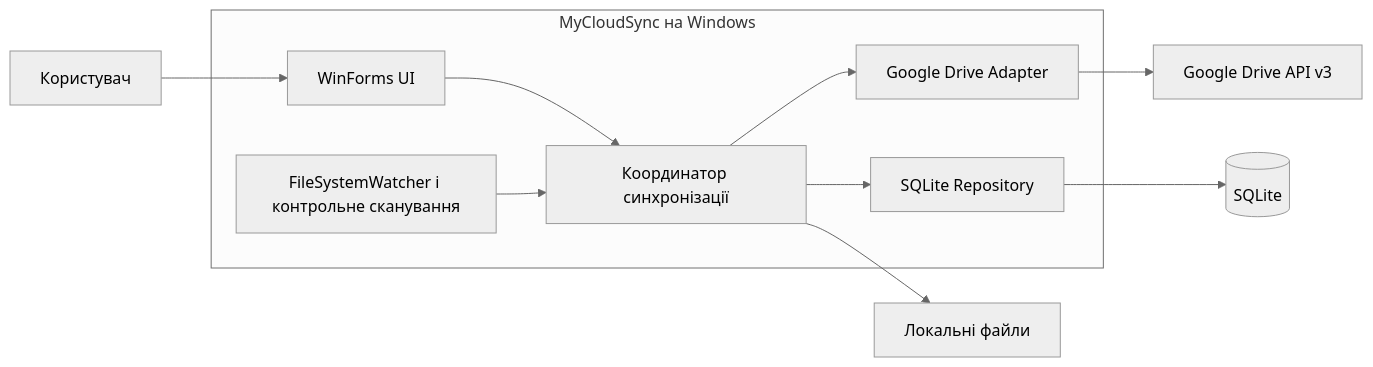
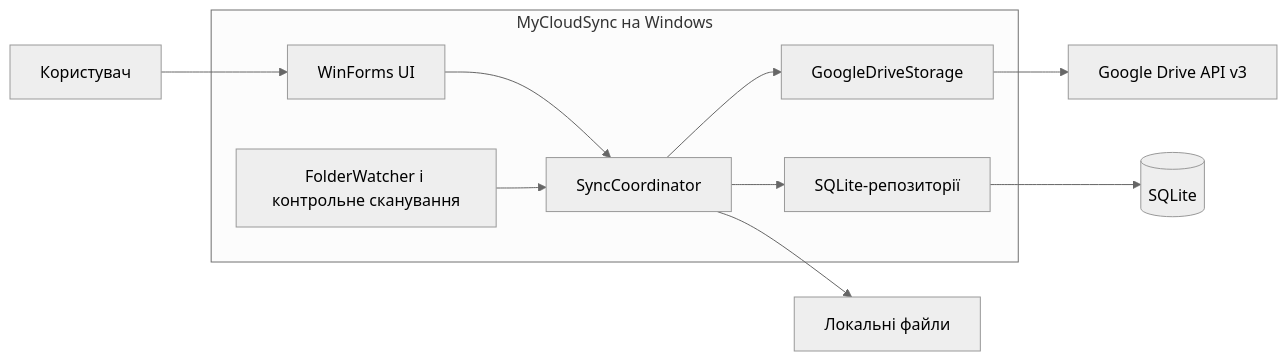
Before and after one commit to ivaniuk07/MyCloudSync: the second of 4 diagrams in docs/design/diagrams.md, drawn with Mermaid (neutral theme). The commit also changed other lines of this file and 14 other files, not shown here.

````diff
--- a/docs/design/diagrams.md
+++ b/docs/design/diagrams.md
@@ -32,13 +30,13 @@
 ```mermaid
 flowchart LR
     User[Користувач] --> UI[WinForms UI]
     subgraph App[MyCloudSync на Windows]
-        UI --> Core[Координатор синхронізації]
-        Watcher[FileSystemWatcher і контрольне сканування] --> Core
-        Core --> Adapter[Google Drive Adapter]
-        Core --> Repo[SQLite Repository]
+        UI --> Core[SyncCoordinator]
+        Watcher[FolderWatcher і контрольне сканування] --> Core
+        Core --> Adapter[GoogleDriveStorage]
+        Core --> Repo[SQLite-репозиторії]
     end
     Core --> Files[Локальні файли]
     Adapter --> Drive[Google Drive API v3]
     Repo --> DB[(SQLite)]
 ```
````
